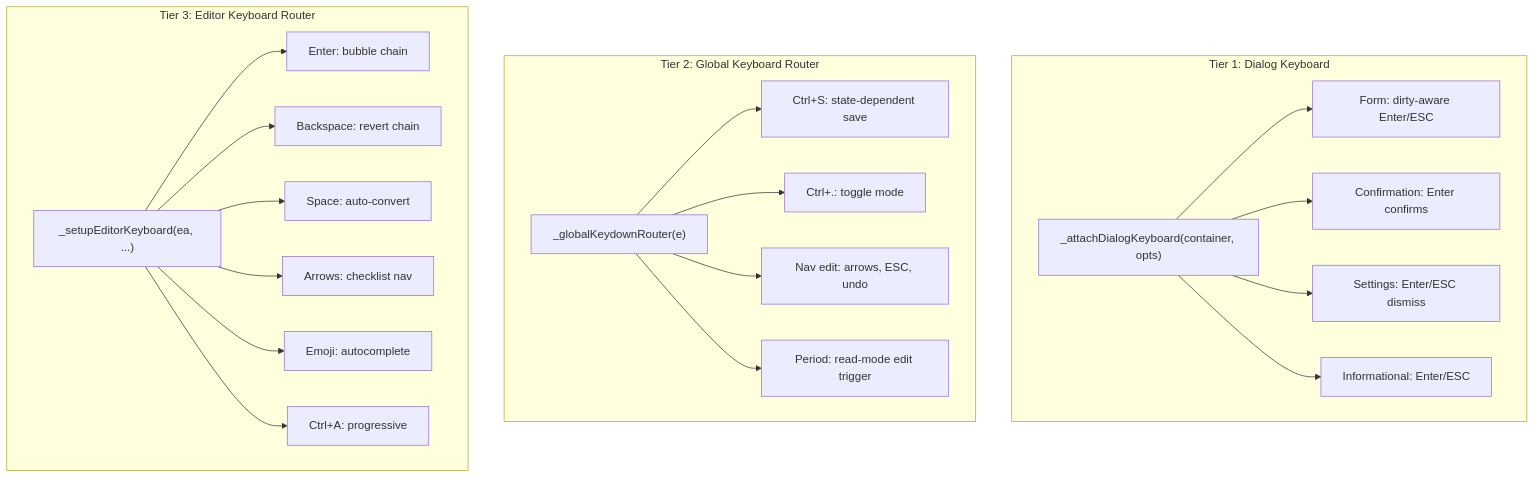
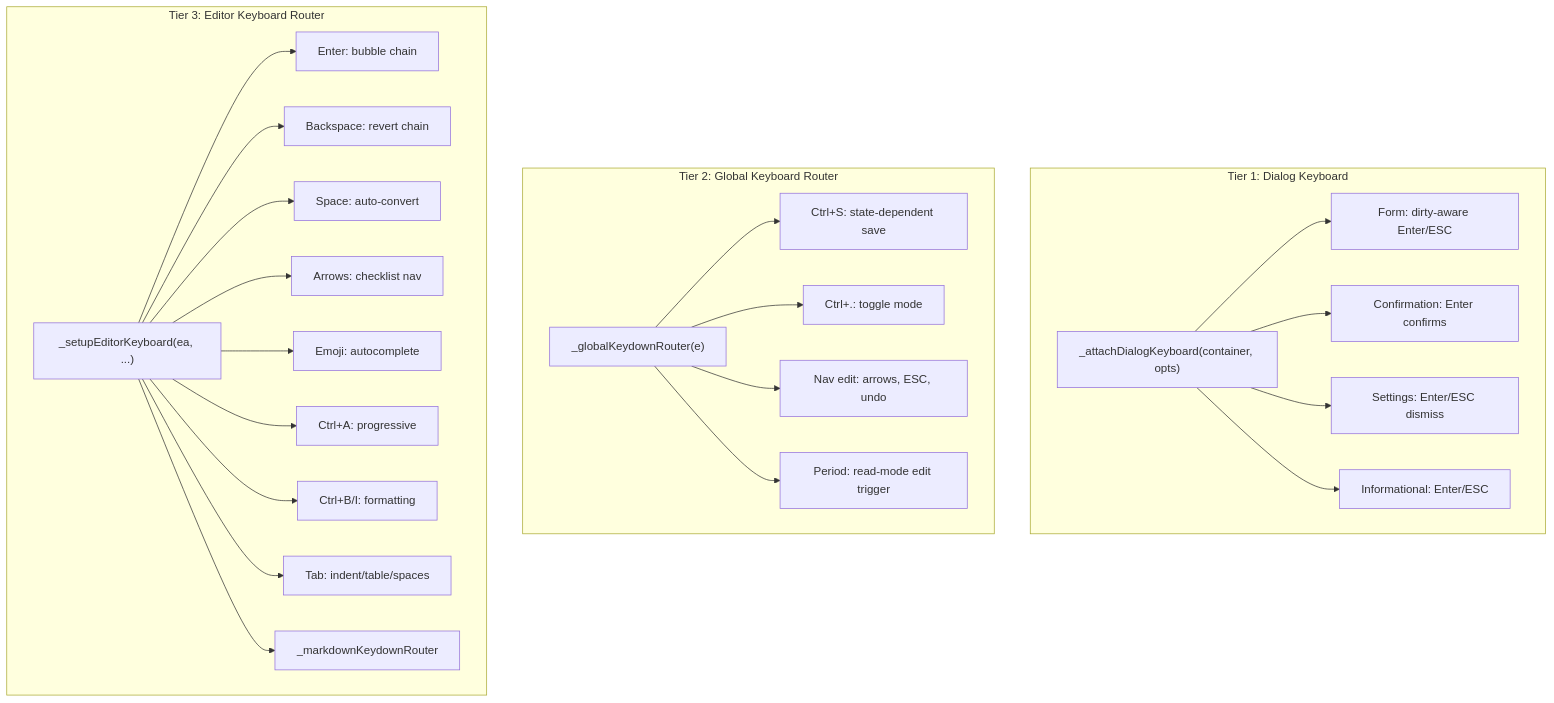
Before and after one commit to samrocketman/mkdocs-live-wysiwyg-plugin: the diagram in docs/design/ui/DESIGN-centralized-keyboard.md, drawn with Mermaid. The commit also changed other lines of this file and 4 other files, not shown here.

````diff
--- a/docs/design/ui/DESIGN-centralized-keyboard.md
+++ b/docs/design/ui/DESIGN-centralized-keyboard.md
@@ -9,26 +9,29 @@
 ```mermaid
 flowchart TD
     subgraph tier1 [Tier 1: Dialog Keyboard]
         ADK["_attachDialogKeyboard(container, opts)"]
         ADK --> FormDialogs["Form: dirty-aware Enter/ESC"]
         ADK --> ConfirmDialogs["Confirmation: Enter confirms"]
         ADK --> SettingsDD["Settings: Enter/ESC dismiss"]
         ADK --> InfoPopups["Informational: Enter/ESC"]
     end
     subgraph tier2 [Tier 2: Global Keyboard Router]
         GKR["_globalKeydownRouter(e)"]
         GKR --> CtrlS["Ctrl+S: state-dependent save"]
         GKR --> CtrlDot["Ctrl+.: toggle mode"]
         GKR --> NavKeys["Nav edit: arrows, ESC, undo"]
         GKR --> Period["Period: read-mode edit trigger"]
     end
     subgraph tier3 [Tier 3: Editor Keyboard Router]
         EKR["_setupEditorKeyboard(ea, ...)"]
         EKR --> EnterGroup["Enter: bubble chain"]
         EKR --> BackspaceGroup["Backspace: revert chain"]
         EKR --> SpaceGroup["Space: auto-convert"]
         EKR --> ArrowGroup["Arrows: checklist nav"]
         EKR --> EmojiGroup["Emoji: autocomplete"]
         EKR --> SelectAll["Ctrl+A: progressive"]
+        EKR --> BoldItalic["Ctrl+B/I: formatting"]
+        EKR --> TabGroup["Tab: indent/table/spaces"]
+        EKR --> MarkdownRouter["_markdownKeydownRouter"]
     end
 ```
````
